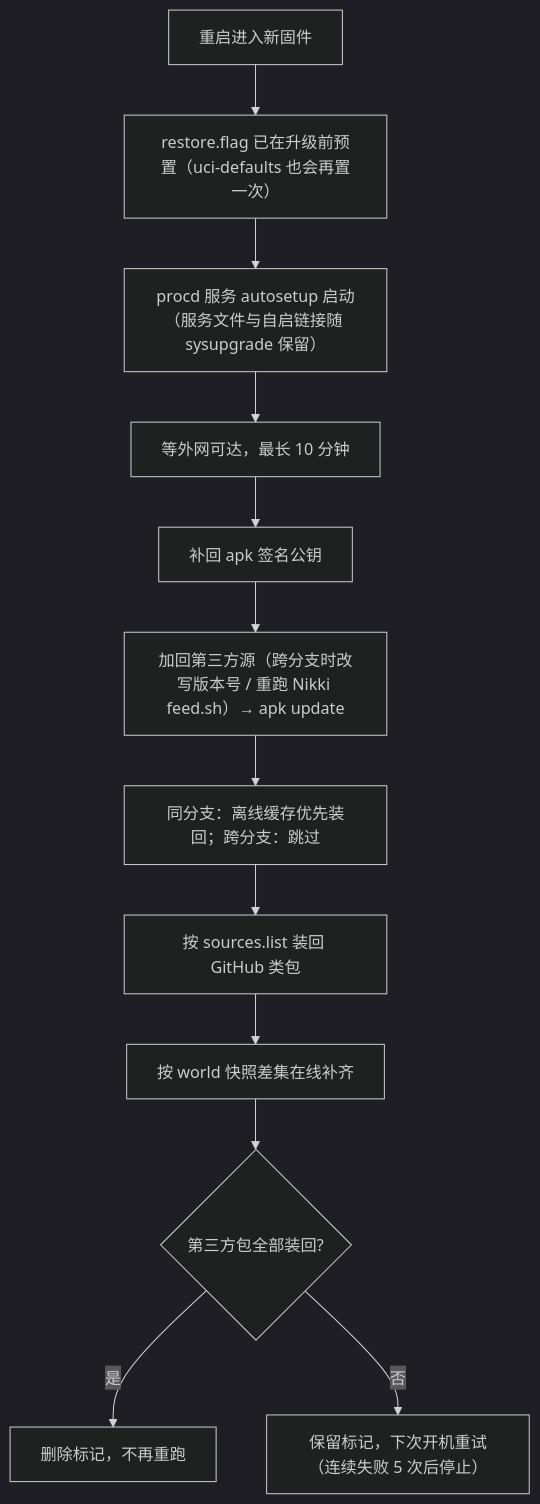
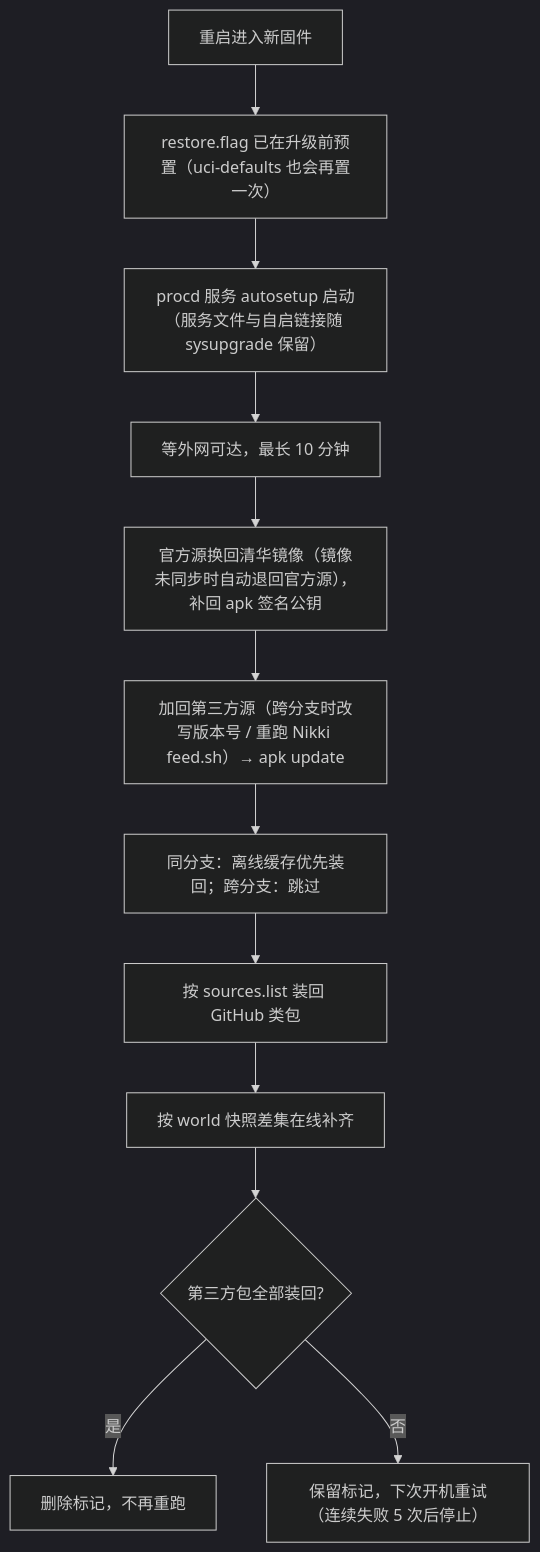
The diagram in README.md (rocdeng/openwrt-autosetup), drawn with Mermaid (dark theme) before and after one commit. The commit also changed 2 other files, not shown here.

Commit message:
feat(restore): switch official feeds to the TUNA mirror after upgrade
sysupgrade resets distfeeds.list to downloads.openwrt.org, so restore pulled
every official package from overseas. Restore now rewrites official feeds to
the TUNA mirror first (shared apply_mirror_files with the mirror step). If the
mirror has not synced the new release yet, only the mirror URLs are reverted
to the official domain (third-party lines untouched) and the index is
refreshed again. MIRROR_ON_RESTORE=0 disables it.

````diff
--- a/README.md
+++ b/README.md
@@ -92,14 +92,14 @@
 ```mermaid
 flowchart TD
     A[重启进入新固件] --> B["restore.flag 已在升级前预置（uci-defaults 也会再置一次）"]
     B --> C["procd 服务 autosetup 启动（服务文件与自启链接随 sysupgrade 保留）"]
     C --> D["等外网可达，最长 10 分钟"]
-    D --> E["补回 apk 签名公钥"]
+    D --> E["官方源换回清华镜像（镜像未同步时自动退回官方源），补回 apk 签名公钥"]
     E --> F["加回第三方源（跨分支时改写版本号 / 重跑 Nikki feed.sh）→ apk update"]
     F --> G["同分支：离线缓存优先装回；跨分支：跳过"]
     G --> H["按 sources.list 装回 GitHub 类包"]
     H --> I["按 world 快照差集在线补齐"]
     I --> J{第三方包全部装回?}
     J -->|是| K[删除标记，不再重跑]
     J -->|否| L["保留标记，下次开机重试（连续失败 5 次后停止）"]
 ```
````
